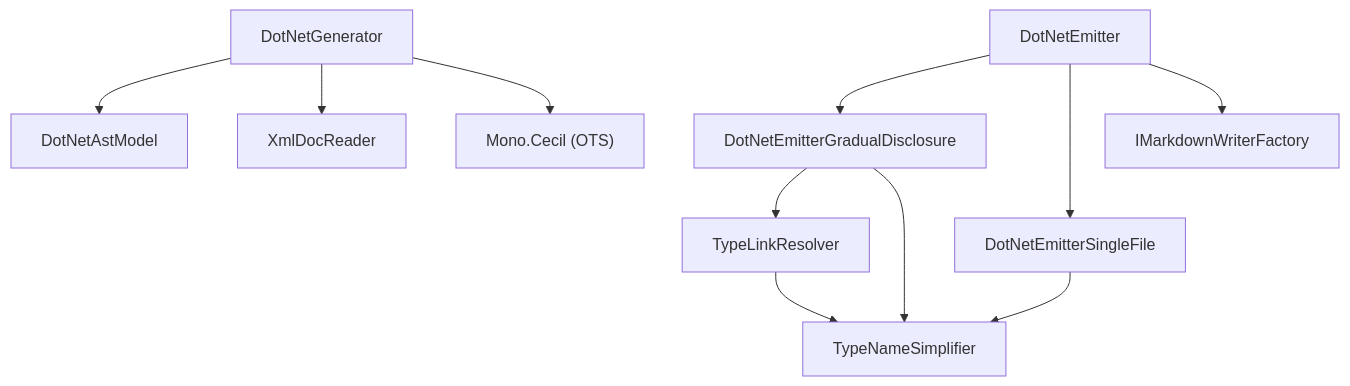
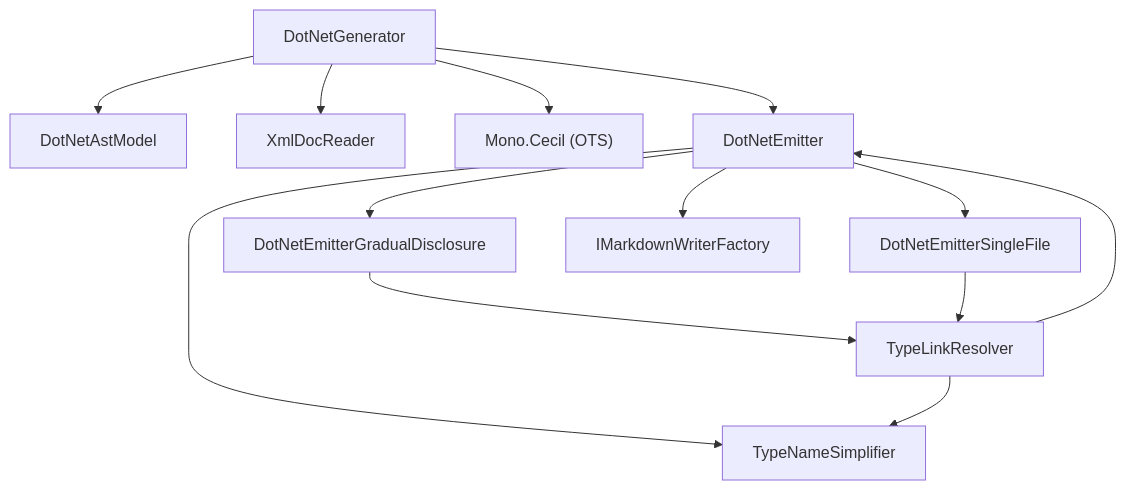
One commit to demaconsulting/ApiMark changed the diagram in docs/design/api-mark-dot-net.md. Above: the diagram before and after it, drawn with Mermaid. The commit also changed other lines of this file and 218 other files, not shown here.

First line of the commit message:
Enhance review hierarchy and improve DotNet/C++ compliance (#31)

````diff
--- a/docs/design/api-mark-dot-net.md
+++ b/docs/design/api-mark-dot-net.md
@@ -37,13 +45,15 @@
 ```mermaid
 flowchart TD
     DotNetGenerator --> DotNetAstModel
     DotNetGenerator --> XmlDocReader
     DotNetGenerator --> MonoCecil["Mono.Cecil (OTS)"]
     DotNetEmitter --> DotNetEmitterGradualDisclosure
     DotNetEmitter --> DotNetEmitterSingleFile
     DotNetEmitter --> IMarkdownWriterFactory
+    DotNetGenerator --> DotNetEmitter
     DotNetEmitterGradualDisclosure --> TypeLinkResolver
-    DotNetEmitterGradualDisclosure --> TypeNameSimplifier
-    DotNetEmitterSingleFile --> TypeNameSimplifier
+    DotNetEmitterSingleFile --> TypeLinkResolver
+    DotNetEmitter --> TypeNameSimplifier
     TypeLinkResolver --> TypeNameSimplifier
+    TypeLinkResolver --> DotNetEmitter
 ```
````
